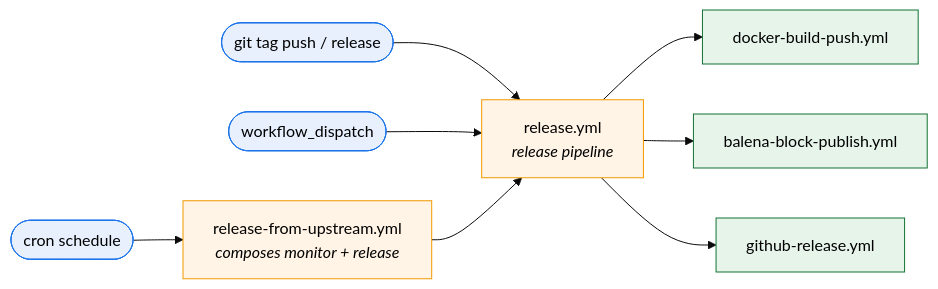
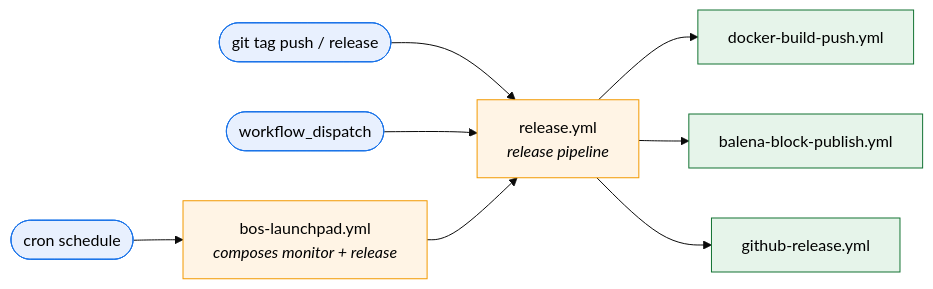
One commit to blackoutsecure/bos-automation-hub changed the diagram in README.md. Above: the diagram before and after it, drawn with Mermaid (base theme). The commit also changed other lines of this file and 44 other files, not shown here.

````diff
--- a/README.md
+++ b/README.md
@@ -402,19 +419,19 @@
 ```mermaid
 flowchart LR
     cron([cron schedule]):::trigger --> rfu
     tag([git tag push / release]):::trigger --> release
     dispatch([workflow_dispatch]):::trigger --> release
 
-    rfu["release-from-upstream.yml<br/><i>composes monitor + release</i>"]:::orchestrator
+    rfu["bos-launchpad.yml<br/><i>composes monitor + release</i>"]:::orchestrator
     release["release.yml<br/><i>release pipeline</i>"]:::orchestrator
 
     rfu --> release
 
     release --> docker["docker-build-push.yml"]:::stage
     release --> balena["balena-block-publish.yml"]:::stage
     release --> ghr["github-release.yml"]:::stage
 
     classDef trigger fill:#e8f0fe,stroke:#1a73e8,color:#000
     classDef orchestrator fill:#fff4e5,stroke:#f29900,color:#000
     classDef stage fill:#e6f4ea,stroke:#137333,color:#000
 ```
````
